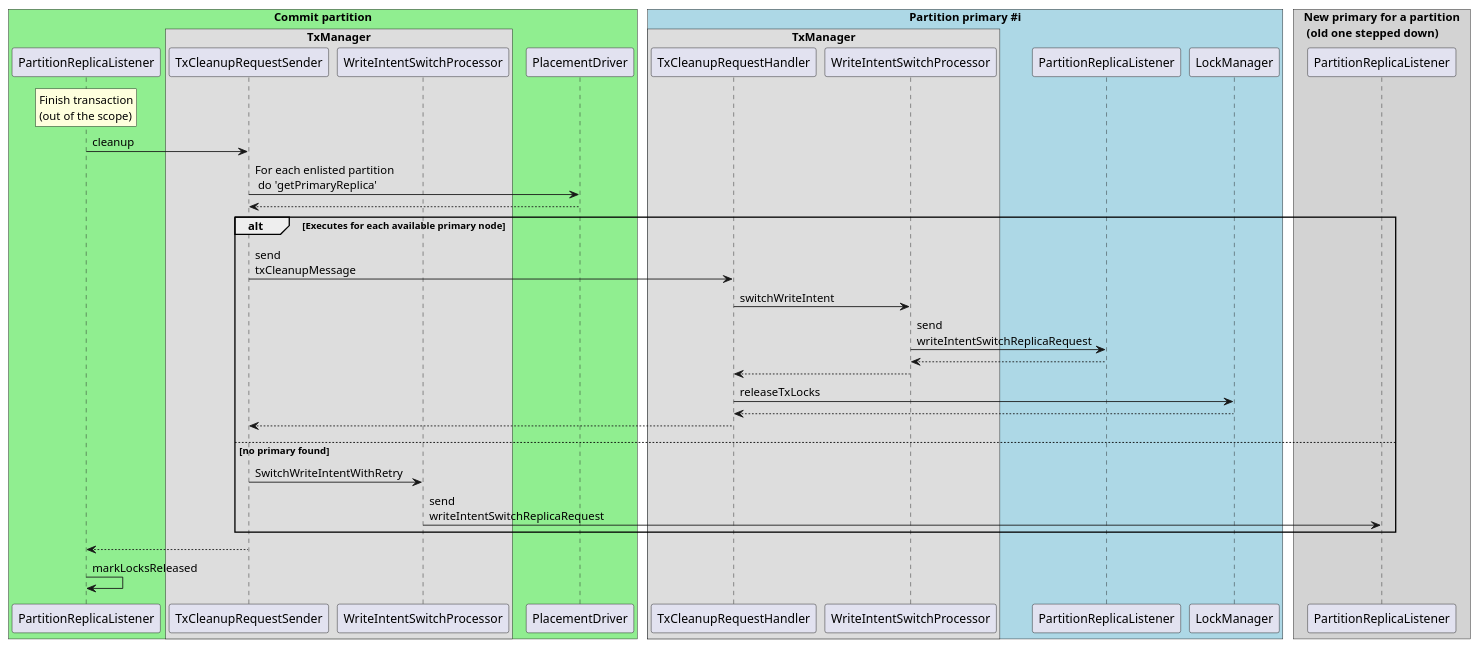
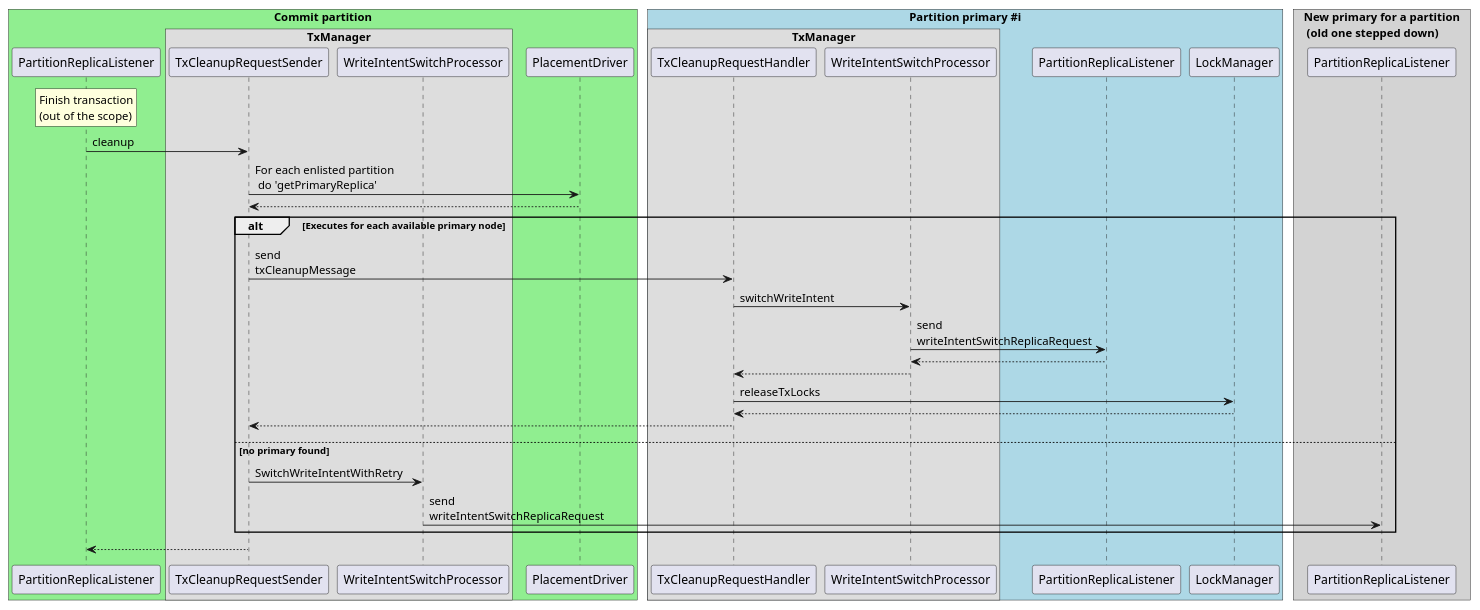
Before and after one commit to apache/ignite-3: the diagram in modules/transactions/tech-notes/cleanup.puml, drawn with PlantUML. The commit also changed 7 other files, not shown here.

Commit message:
IGNITE-21061 Remove MarkLocksReleased command

```diff
--- a/modules/transactions/tech-notes/cleanup.puml
+++ b/modules/transactions/tech-notes/cleanup.puml
@@ -1,51 +1,50 @@
 @startuml
 
 !pragma teoz true
 box "Commit partition" #LightGreen
 participant PartitionReplicaListener
 box "TxManager"
 participant TxCleanupRequestSender
 participant WriteIntentSwitchProcessor as WISP1
 end box
 participant PlacementDriver
 
 end box
 
 box "Partition primary #i" #LightBlue
 box "TxManager"
 participant TxCleanupRequestHandler
 participant WriteIntentSwitchProcessor as WISP2
 end box
 participant PartitionReplicaListener as PRL2
 participant LockManager
 end box
 
 box "New primary for a partition\n (old one stepped down)" #LightGray
 participant PartitionReplicaListener as PRL3
 end box
 rnote over PartitionReplicaListener
  Finish transaction
  (out of the scope)
 endrnote
 PartitionReplicaListener -> TxCleanupRequestSender: cleanup
 
 TxCleanupRequestSender -> PlacementDriver: For each enlisted partition\n do 'getPrimaryReplica'
 return
 
 alt Executes for each available primary node
 
 TxCleanupRequestSender -> TxCleanupRequestHandler: send \ntxCleanupMessage
 TxCleanupRequestHandler -> WISP2: switchWriteIntent
 WISP2 -> PRL2: send \nwriteIntentSwitchReplicaRequest
 return
 WISP2 --> TxCleanupRequestHandler
 TxCleanupRequestHandler->LockManager: releaseTxLocks
 return
 TxCleanupRequestHandler --> TxCleanupRequestSender
 else no primary found
 TxCleanupRequestSender -> WISP1: SwitchWriteIntentWithRetry
 WISP1 -> PRL3: send \nwriteIntentSwitchReplicaRequest
 end
 TxCleanupRequestSender --> PartitionReplicaListener
-PartitionReplicaListener -> PartitionReplicaListener : markLocksReleased
 @enduml
```
